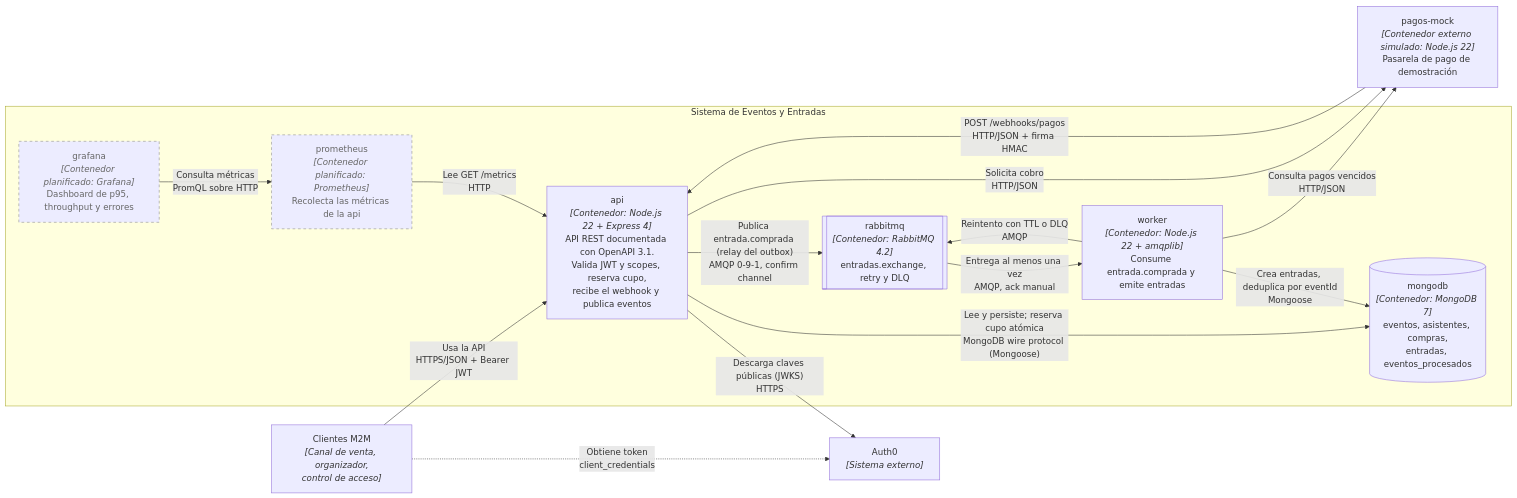
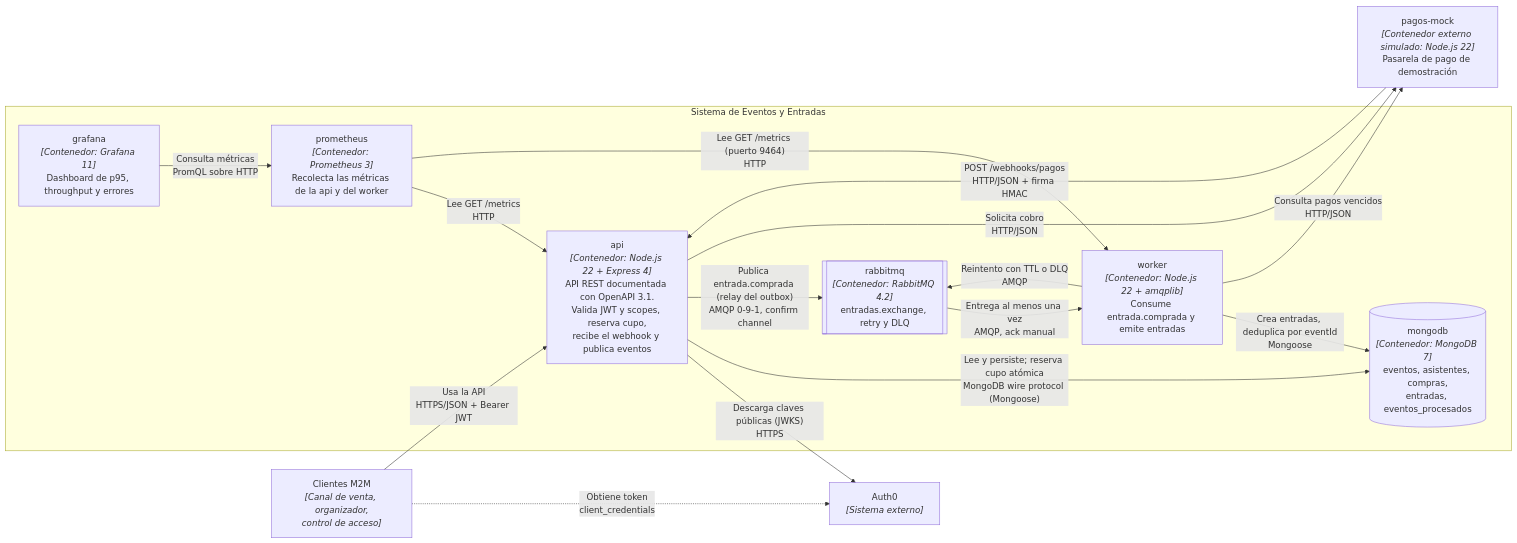
One commit to Juan-C-Ceballos/iaew-eventos-entradas changed the diagram in docs/c4-container.md. Above: the diagram before and after it, drawn with Mermaid. The commit also changed other lines of this file and 33 other files, not shown here.

````diff
--- a/docs/c4-container.md
+++ b/docs/c4-container.md
@@ -5,32 +5,30 @@
 ```mermaid
 flowchart LR
   clientes["Clientes M2M<br/><i>[Canal de venta, organizador,<br/>control de acceso]</i>"]
   auth0["Auth0<br/><i>[Sistema externo]</i>"]
   pagos["pagos-mock<br/><i>[Contenedor externo simulado: Node.js 22]</i><br/>Pasarela de pago de demostración"]
 
   subgraph sistema["Sistema de Eventos y Entradas"]
     api["api<br/><i>[Contenedor: Node.js 22 + Express 4]</i><br/>API REST documentada con OpenAPI 3.1.<br/>Valida JWT y scopes, reserva cupo,<br/>recibe el webhook y publica eventos"]
     worker["worker<br/><i>[Contenedor: Node.js 22 + amqplib]</i><br/>Consume entrada.comprada y emite entradas"]
     mongodb[("mongodb<br/><i>[Contenedor: MongoDB 7]</i><br/>eventos, asistentes, compras,<br/>entradas, eventos_procesados")]
     rabbitmq[["rabbitmq<br/><i>[Contenedor: RabbitMQ 4.2]</i><br/>entradas.exchange, retry y DLQ"]]
-    prometheus["prometheus<br/><i>[Contenedor planificado: Prometheus]</i><br/>Recolecta las métricas de la api"]
-    grafana["grafana<br/><i>[Contenedor planificado: Grafana]</i><br/>Dashboard de p95, throughput y errores"]
+    prometheus["prometheus<br/><i>[Contenedor: Prometheus 3]</i><br/>Recolecta las métricas de la api y del worker"]
+    grafana["grafana<br/><i>[Contenedor: Grafana 11]</i><br/>Dashboard de p95, throughput y errores"]
   end
 
   clientes -->|"Usa la API<br/>HTTPS/JSON + Bearer JWT"| api
   clientes -.->|"Obtiene token<br/>client_credentials"| auth0
   api -->|"Descarga claves públicas (JWKS)<br/>HTTPS"| auth0
   api -->|"Lee y persiste; reserva cupo atómica<br/>MongoDB wire protocol (Mongoose)"| mongodb
   api -->|"Publica entrada.comprada (relay del outbox)<br/>AMQP 0-9-1, confirm channel"| rabbitmq
   api -->|"Solicita cobro<br/>HTTP/JSON"| pagos
   pagos -->|"POST /webhooks/pagos<br/>HTTP/JSON + firma HMAC"| api
   rabbitmq -->|"Entrega al menos una vez<br/>AMQP, ack manual"| worker
   worker -->|"Crea entradas, deduplica por eventId<br/>Mongoose"| mongodb
   worker -->|"Reintento con TTL o DLQ<br/>AMQP"| rabbitmq
   worker -->|"Consulta pagos vencidos<br/>HTTP/JSON"| pagos
   prometheus -->|"Lee GET /metrics<br/>HTTP"| api
+  prometheus -->|"Lee GET /metrics (puerto 9464)<br/>HTTP"| worker
   grafana -->|"Consulta métricas<br/>PromQL sobre HTTP"| prometheus
-
-  classDef planificado stroke-dasharray: 5 5,stroke:#888,color:#666
-  class prometheus,grafana planificado
 ```
````
